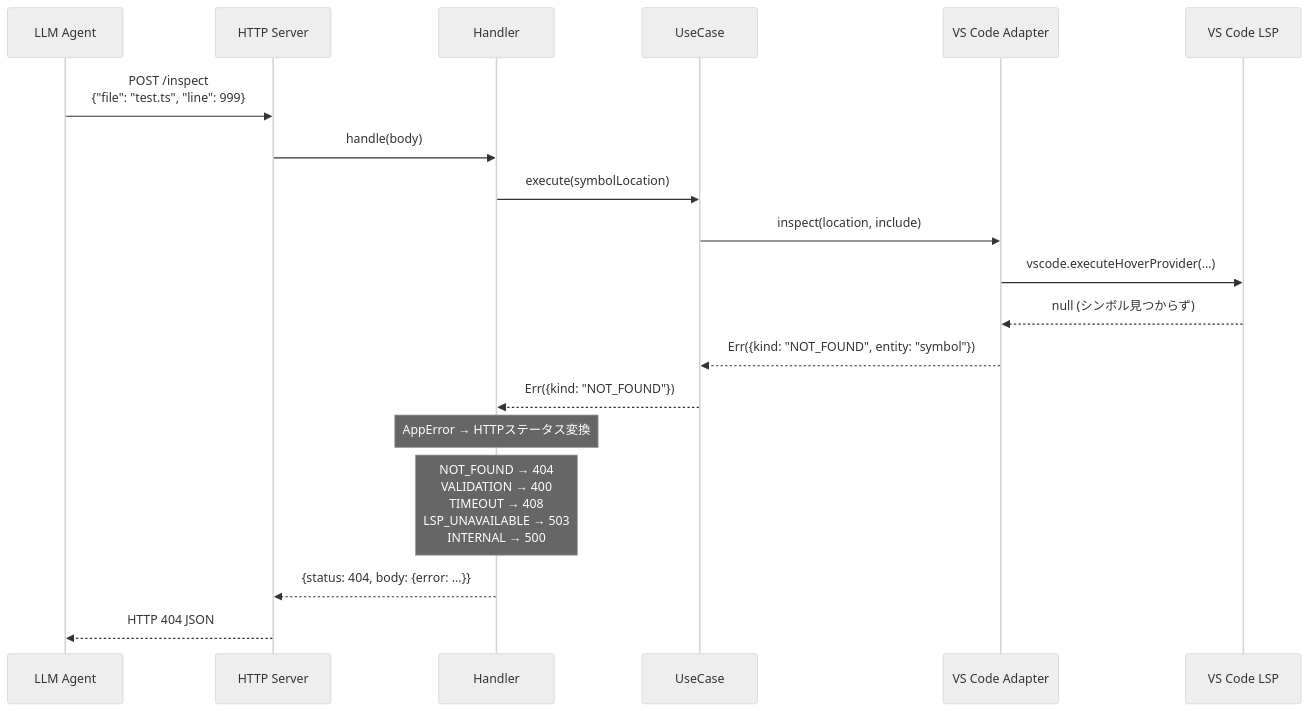
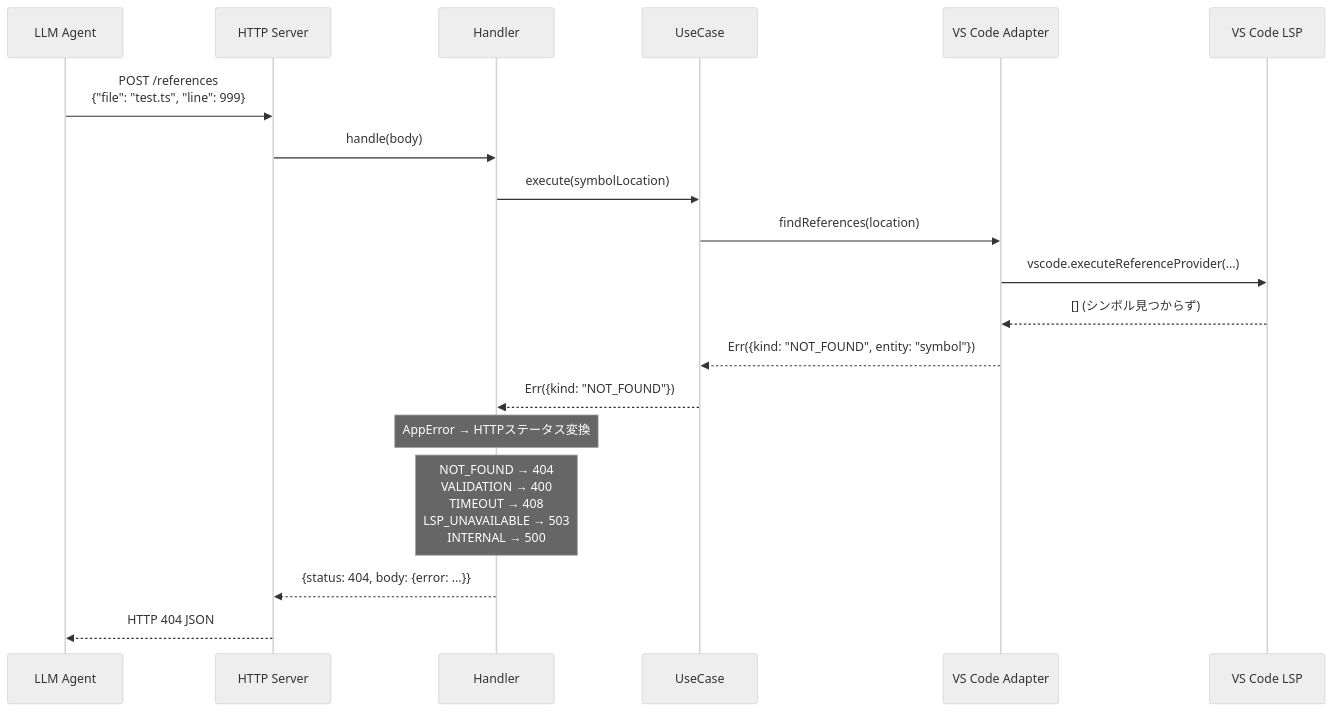
The third of 6 diagrams in docs/sequence-diagram.md (omurakazuaki/lsp-relay-vscode-extension), drawn with Mermaid (neutral theme) before and after one commit. The commit also changed other lines of this file and 5 other files, not shown here.

````diff
--- a/docs/sequence-diagram.md
+++ b/docs/sequence-diagram.md
@@ -130,24 +124,24 @@
 ```mermaid
 sequenceDiagram
     participant Client as LLM Agent
     participant Server as HTTP Server
     participant Handler as Handler
     participant UC as UseCase
     participant Adapter as VS Code Adapter
     participant LSP as VS Code LSP
 
-    Client->>Server: POST /inspect<br/>{"file": "test.ts", "line": 999}
+    Client->>Server: POST /references<br/>{"file": "test.ts", "line": 999}
     Server->>Handler: handle(body)
     Handler->>UC: execute(symbolLocation)
-    UC->>Adapter: inspect(location, include)
-    Adapter->>LSP: vscode.executeHoverProvider(...)
-    LSP-->>Adapter: null (シンボル見つからず)
+    UC->>Adapter: findReferences(location)
+    Adapter->>LSP: vscode.executeReferenceProvider(...)
+    LSP-->>Adapter: [] (シンボル見つからず)
     Adapter-->>UC: Err({kind: "NOT_FOUND", entity: "symbol"})
     UC-->>Handler: Err({kind: "NOT_FOUND"})
 
     Note over Handler: AppError → HTTPステータス変換
     Note over Handler: NOT_FOUND → 404<br/>VALIDATION → 400<br/>TIMEOUT → 408<br/>LSP_UNAVAILABLE → 503<br/>INTERNAL → 500
 
     Handler-->>Server: {status: 404, body: {error: ...}}
     Server-->>Client: HTTP 404 JSON
 ```
````
